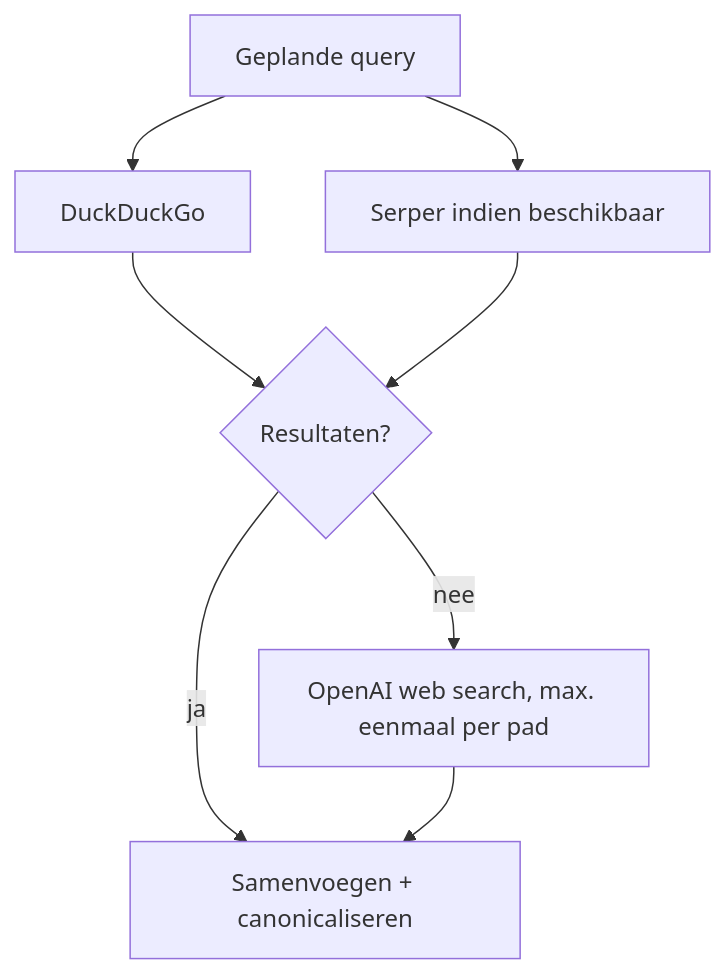
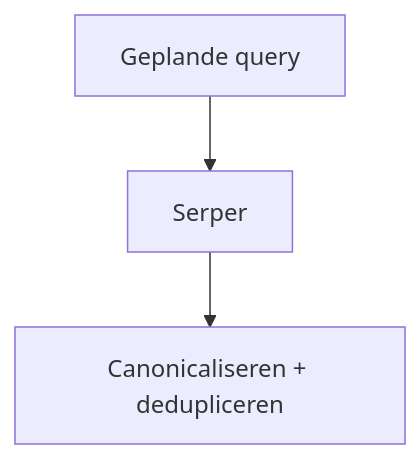
The fifth of 10 diagrams in README.md (arryaetil/KYC4etil), drawn with Mermaid before and after one commit. The commit also changed other lines of this file and 19 other files, not shown here.

````diff
--- a/README.md
+++ b/README.md
@@ -170,10 +169,5 @@
 ```mermaid
 flowchart TD
-    Q["Geplande query"] --> DDG["DuckDuckGo"]
-    Q --> S["Serper indien beschikbaar"]
-    DDG --> K{"Resultaten?"}
-    S --> K
-    K -- "ja" --> U["Samenvoegen + canonicaliseren"]
-    K -- "nee" --> O["OpenAI web search, max. eenmaal per pad"]
-    O --> U
+    Q["Geplande query"] --> S["Serper"]
+    S --> U["Canonicaliseren + dedupliceren"]
 ```
````
